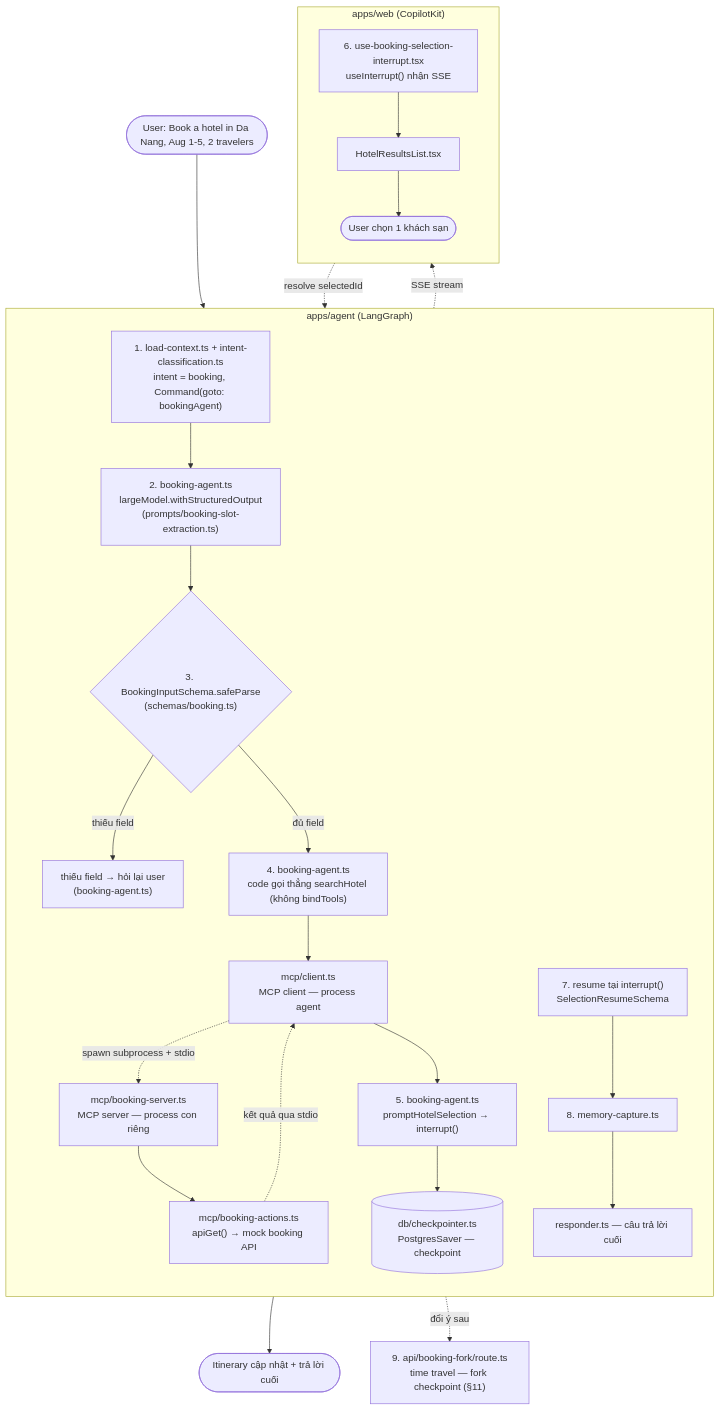
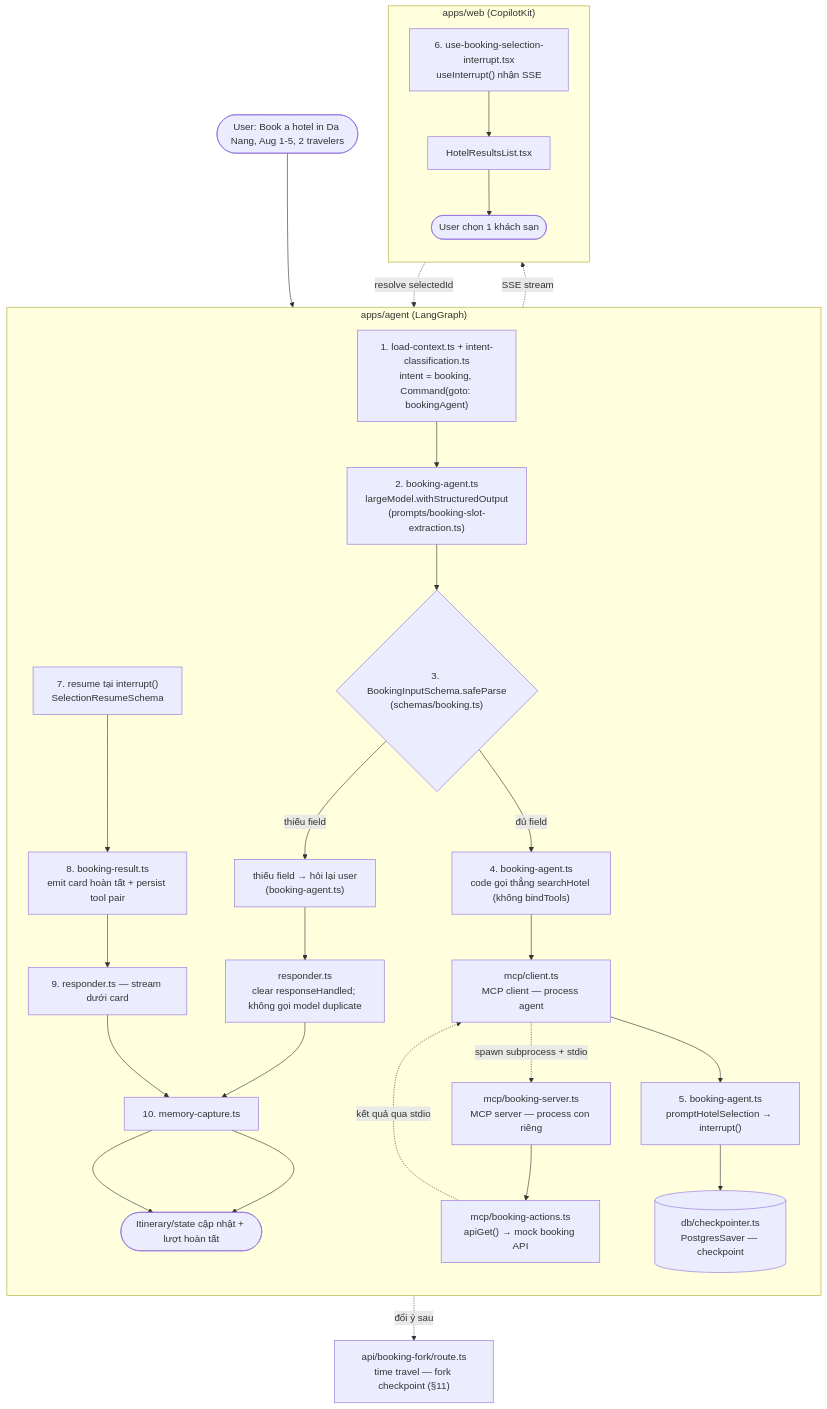
The first of 5 diagrams in README.md (huongle-agilityio/healthcare-project-api), drawn with Mermaid before and after one commit. The commit also changed other lines of this file, not shown here.

````diff
--- a/README.md
+++ b/README.md
@@ -272,39 +320,41 @@
 ```mermaid
 flowchart TD
   U(["User: Book a hotel in Da Nang, Aug 1-5, 2 travelers"])
 
   subgraph AG["apps/agent (LangGraph)"]
     direction TB
     N1["1. load-context.ts + intent-classification.ts<br/>intent = booking, Command(goto: bookingAgent)"]
     N2["2. booking-agent.ts<br/>largeModel.withStructuredOutput<br/>(prompts/booking-slot-extraction.ts)"]
     N3{"3. BookingInputSchema.safeParse<br/>(schemas/booking.ts)"}
     N3a["thiếu field → hỏi lại user<br/>(booking-agent.ts)"]
+    RG["responder.ts<br/>clear responseHandled; không gọi model duplicate"]
     N4["4. booking-agent.ts<br/>code gọi thẳng searchHotel (không bindTools)"]
     N4a["mcp/client.ts<br/>MCP client — process agent"]
     N4b["mcp/booking-server.ts<br/>MCP server — process con riêng"]
     N4c["mcp/booking-actions.ts<br/>apiGet() → mock booking API"]
     N5["5. booking-agent.ts<br/>promptHotelSelection → interrupt()"]
     CKPT[("db/checkpointer.ts<br/>PostgresSaver — checkpoint")]
     N7["7. resume tại interrupt()<br/>SelectionResumeSchema"]
-    N8["8. memory-capture.ts"]
-    N9["responder.ts — câu trả lời cuối"]
+    N7b["8. booking-result.ts<br/>emit card hoàn tất + persist tool pair"]
+    N8["10. memory-capture.ts"]
+    N9["9. responder.ts — stream dưới card"]
+    D(["Itinerary/state cập nhật + lượt hoàn tất"])
   end
 
   subgraph WEB["apps/web (CopilotKit)"]
     direction TB
     N6["6. use-booking-selection-interrupt.tsx<br/>useInterrupt() nhận SSE"]
     N6b["HotelResultsList.tsx"]
     P(["User chọn 1 khách sạn"])
   end
 
   U --> N1 --> N2 --> N3
-  N3 -- thiếu field --> N3a
+  N3 -- thiếu field --> N3a --> RG --> N8 --> D
   N3 -- đủ field --> N4 --> N4a
   N4a -. spawn subprocess + stdio .-> N4b --> N4c
   N4c -. kết quả qua stdio .-> N4a --> N5
   N5 --> CKPT
   N5 -. SSE stream .-> N6 --> N6b --> P
-  P -. resolve selectedId .-> N7 --> N8 --> N9
-  N9 --> D(["Itinerary cập nhật + trả lời cuối"])
-  N9 -. đổi ý sau .-> FORK["9. api/booking-fork/route.ts<br/>time travel — fork checkpoint (§11)"]
+  P -. resolve selectedId .-> N7 --> N7b --> N9 --> N8 --> D
+  D -. đổi ý sau .-> FORK["api/booking-fork/route.ts<br/>time travel — fork checkpoint (§11)"]
 ```
````
